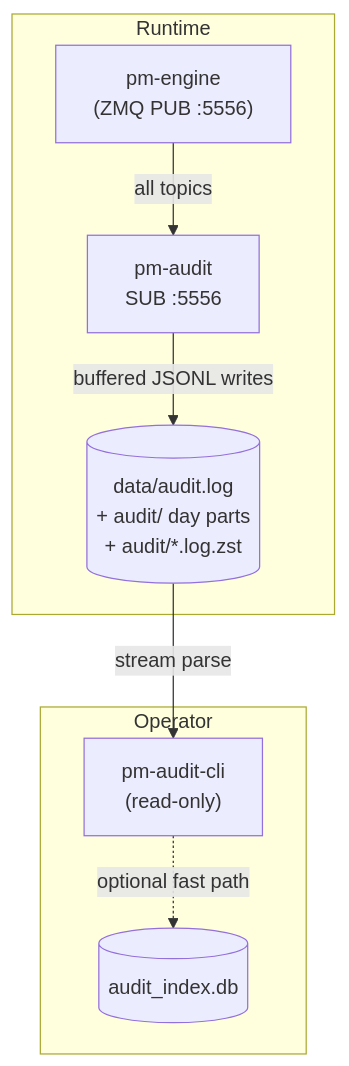
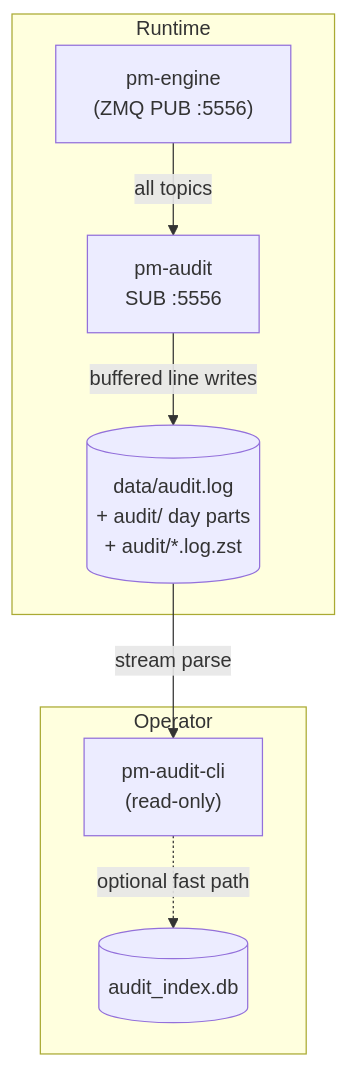
One commit to johan162/EduMatcher changed the diagram in docs/books/operator-guide/part-6-observe-and-recover/020-audit-trail.md. Above: the diagram before and after it, drawn with Mermaid. The commit also changed other lines of this file and 33 other files, not shown here.

````diff
--- a/docs/books/operator-guide/part-6-observe-and-recover/020-audit-trail.md
+++ b/docs/books/operator-guide/part-6-observe-and-recover/020-audit-trail.md
@@ -33,15 +33,15 @@
 ```mermaid
 flowchart TB
     subgraph Runtime
         ENG["pm-engine\n(ZMQ PUB :5556)"]
         AUD["pm-audit\nSUB :5556"]
         LOG[("data/audit.log\n+ audit/ day parts\n+ audit/*.log.zst")]
         ENG -- "all topics" --> AUD
-        AUD -- "buffered JSONL writes" --> LOG
+        AUD -- "buffered line writes" --> LOG
     end
     subgraph Operator
         CLI["pm-audit-cli\n(read-only)"]
         LOG -- "stream parse" --> CLI
         CLI -. "optional fast path" .-> IDX[("audit_index.db")]
     end
 ```
````
